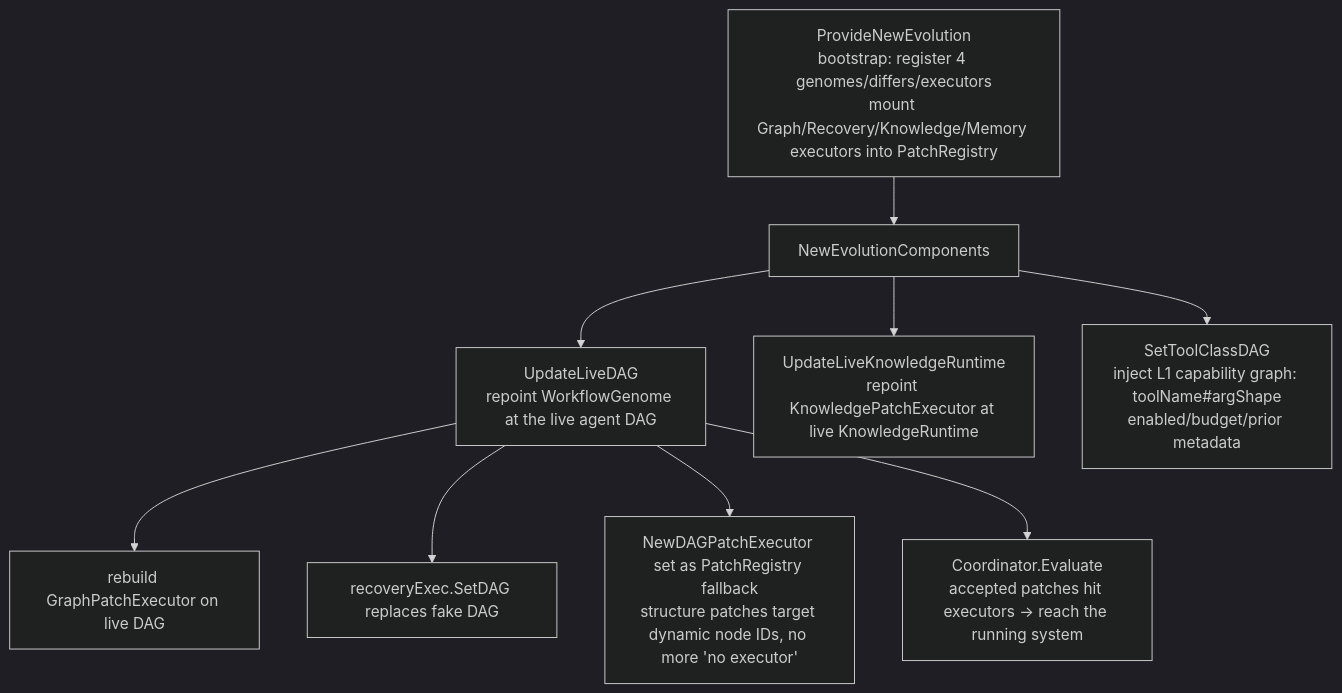
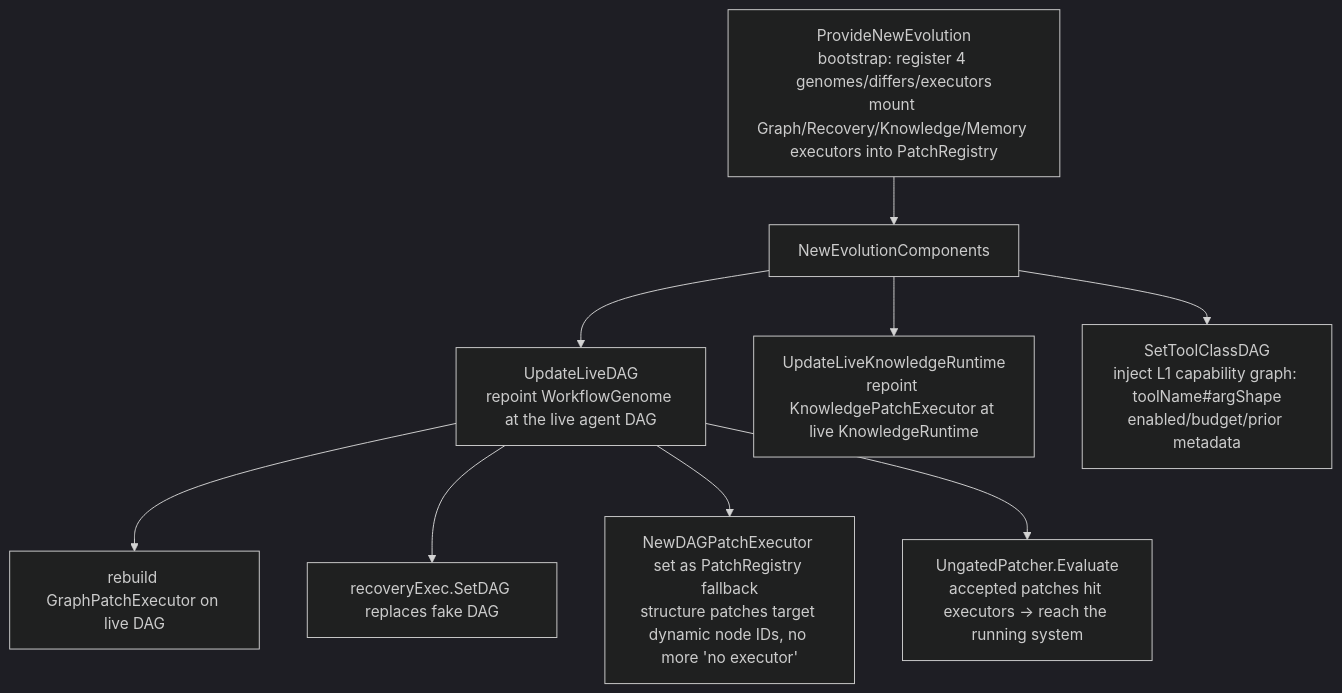
One commit to Timwood0x10/ARES changed the fourth of 4 diagrams in docs/articles/en/11-autonomous-evolution-deep-dive.md. Above: the diagram before and after it, drawn with Mermaid (dark theme). The commit also changed other lines of this file and 330 other files, not shown here.

````diff
--- a/docs/articles/en/11-autonomous-evolution-deep-dive.md
+++ b/docs/articles/en/11-autonomous-evolution-deep-dive.md
@@ -443,16 +443,16 @@
 ```mermaid
 graph TD
     A[ProvideNewEvolution<br/>bootstrap: register 4 genomes/differs/executors<br/>mount Graph/Recovery/Knowledge/Memory executors into PatchRegistry]
     A --> C[NewEvolutionComponents]
 
     C --> D1[UpdateLiveDAG<br/>repoint WorkflowGenome at the live agent DAG]
     D1 --> D2[rebuild GraphPatchExecutor on live DAG]
     D1 --> D3[recoveryExec.SetDAG replaces fake DAG]
     D1 --> D4[NewDAGPatchExecutor set as PatchRegistry fallback<br/>structure patches target dynamic node IDs, no more 'no executor']
 
     C --> K[UpdateLiveKnowledgeRuntime<br/>repoint KnowledgePatchExecutor at live KnowledgeRuntime]
 
     C --> T[SetToolClassDAG<br/>inject L1 capability graph: toolName#argShape<br/>enabled/budget/prior metadata]
 
-    D1 --> E[Coordinator.Evaluate<br/>accepted patches hit executors → reach the running system]
+    D1 --> E[UngatedPatcher.Evaluate<br/>accepted patches hit executors → reach the running system]
 ```
````
